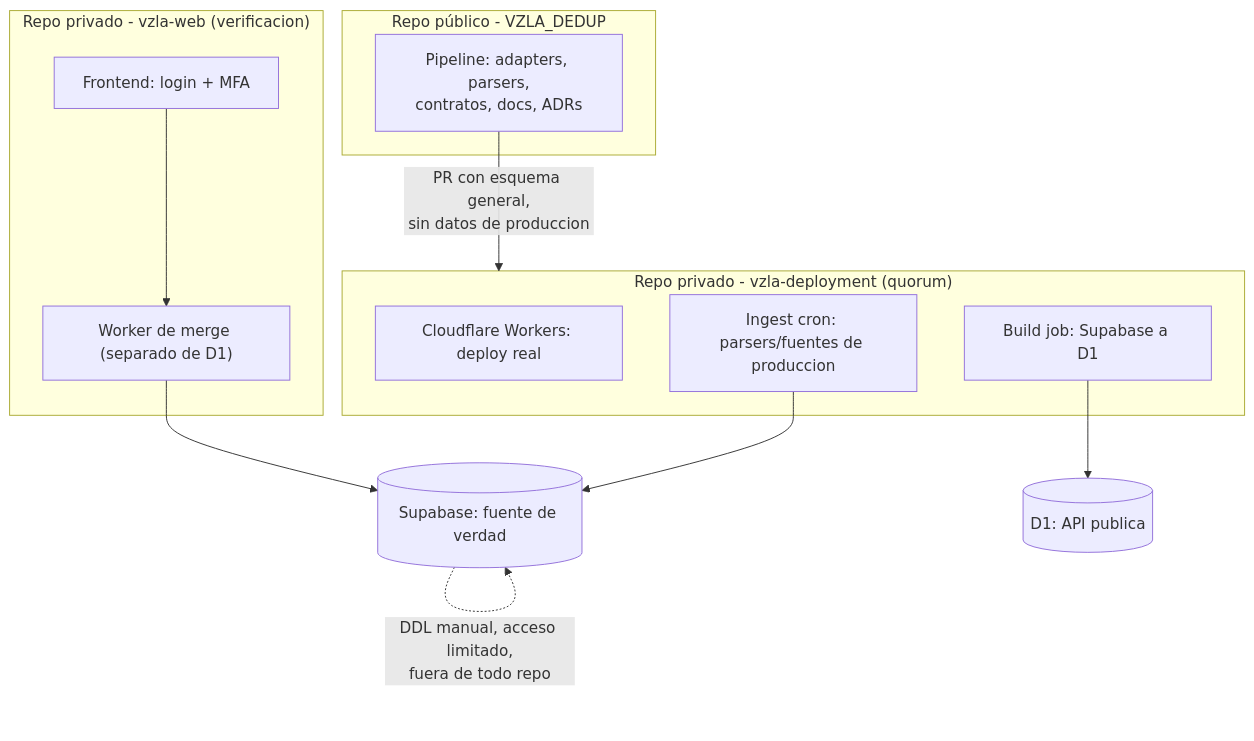
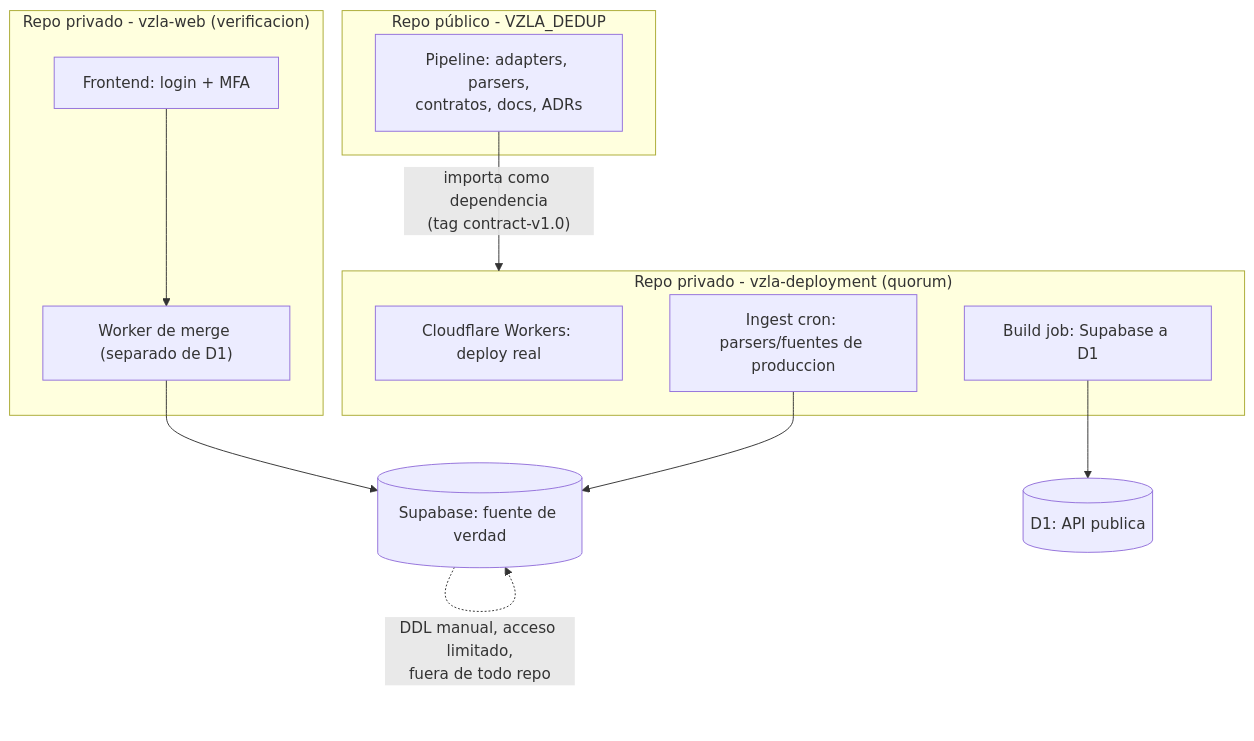
One commit to DataVenezuela/VenezuelaDataCrisis changed the first of 2 diagrams in docs/adr/0003-reestructuracion-repos-deployment.md. Above: the diagram before and after it, drawn with Mermaid. The commit also changed other lines of this file and 2 other files, not shown here.

````diff
--- a/docs/adr/0003-reestructuracion-repos-deployment.md
+++ b/docs/adr/0003-reestructuracion-repos-deployment.md
@@ -122,24 +122,24 @@
 ```mermaid
 flowchart TD
     subgraph publico["Repo público - VZLA_DEDUP"]
         PIPE["Pipeline: adapters, parsers,\ncontratos, docs, ADRs"]
     end
 
     subgraph deploy["Repo privado - vzla-deployment (quorum)"]
         WK["Cloudflare Workers: deploy real"]
         ING["Ingest cron: parsers/fuentes de produccion"]
         BUILD["Build job: Supabase a D1"]
     end
 
     subgraph web["Repo privado - vzla-web (verificacion)"]
         UI["Frontend: login + MFA"]
         MW["Worker de merge (separado de D1)"]
     end
 
-    PIPE -->|"PR con esquema general,\nsin datos de produccion"| deploy
+    PIPE -->|"importa como dependencia\n(tag contract-v1.0)"| deploy
     ING --> SB[("Supabase: fuente de verdad")]
     BUILD --> D1[("D1: API publica")]
     UI --> MW
     MW --> SB
     SB -.->|"DDL manual, acceso limitado,\nfuera de todo repo"| SB
 ```
````
